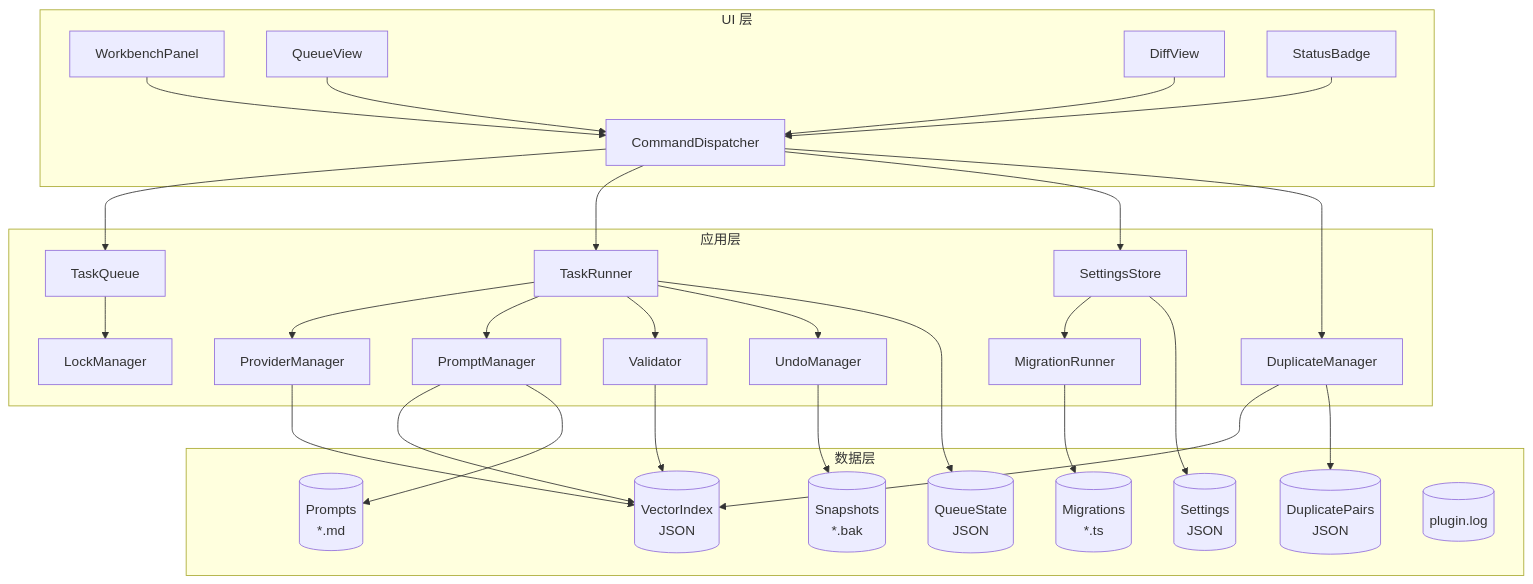
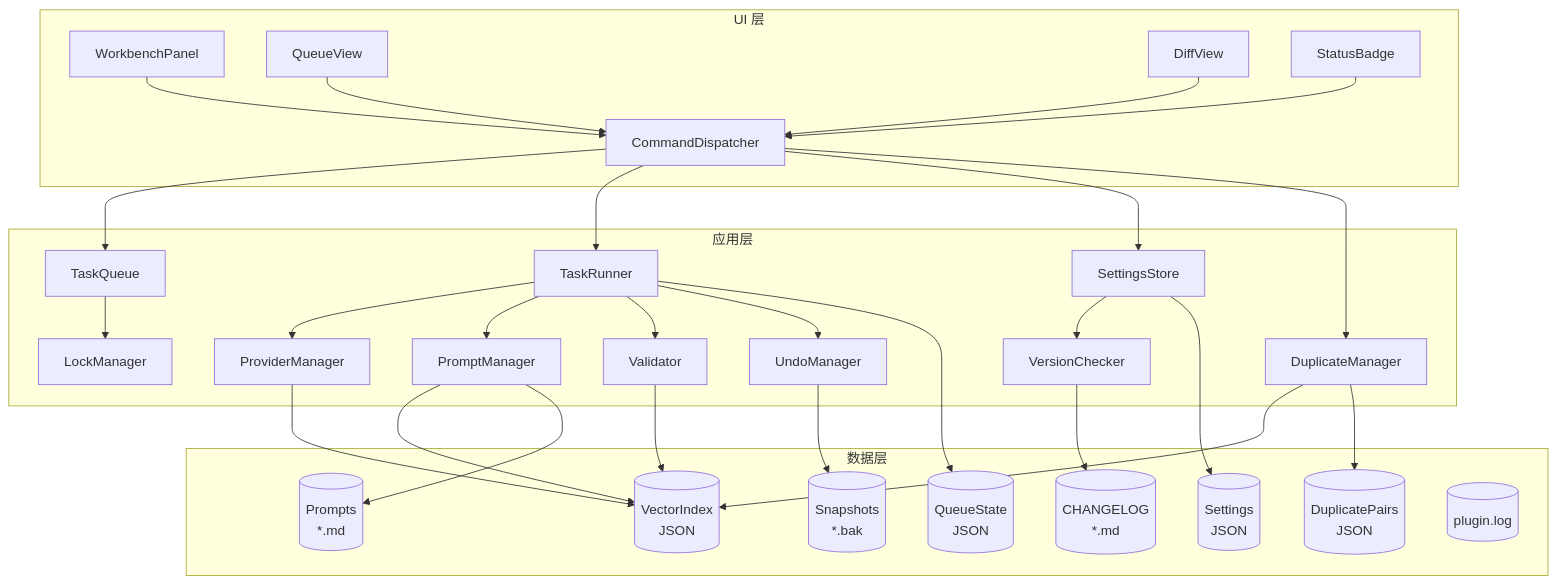
Before and after one commit to zxmengde/obsidian-cognitive-razor: the fourth of 8 diagrams in docs/公理化设计文档.md, drawn with Mermaid. The commit also changed other lines of this file and 164 other files, not shown here.

````diff
--- a/docs/公理化设计文档.md
+++ b/docs/公理化设计文档.md
@@ -1439,47 +1470,47 @@
 ```mermaid
 flowchart TB
     subgraph UI["UI 层"]
         Workbench[WorkbenchPanel]
         Queue[QueueView]
         Diff[DiffView]
         Badge[StatusBadge]
         CMD[CommandDispatcher]
     end
 
     subgraph APP["应用层"]
         TQ[TaskQueue]
         TR[TaskRunner]
         LM[LockManager]
         DM[DuplicateManager]
         UM[UndoManager]
         SET[SettingsStore]
-        MIG[MigrationRunner]
+        VC[VersionChecker]
         PM[ProviderManager]
         PRM[PromptManager]
         VAL[Validator]
     end
 
     subgraph DATA["数据层"]
         VI[(VectorIndex<br/>JSON)]
         DP[(DuplicatePairs<br/>JSON)]
         SN[(Snapshots<br/>*.bak)]
         QS[(QueueState<br/>JSON)]
         SETS[(Settings<br/>JSON)]
         PRO[(Prompts<br/>*.md)]
-        MIGS[(Migrations<br/>*.ts)]
+        CHANGELOG[(CHANGELOG<br/>*.md)]
         LOG[(plugin.log)]
     end
 
     Workbench & Queue & Diff & Badge --> CMD
     CMD --> TQ & TR & SET & DM
     TQ --> LM
     TR --> PM & PRM & VAL & UM
     DM --> VI & DP
-    SET --> MIG
+    SET --> VC
     PM & PRM & VAL --> VI
     TR --> QS
     UM --> SN
     SET --> SETS
     PRM --> PRO
-    MIG --> MIGS
+    VC --> CHANGELOG
 ```
````
